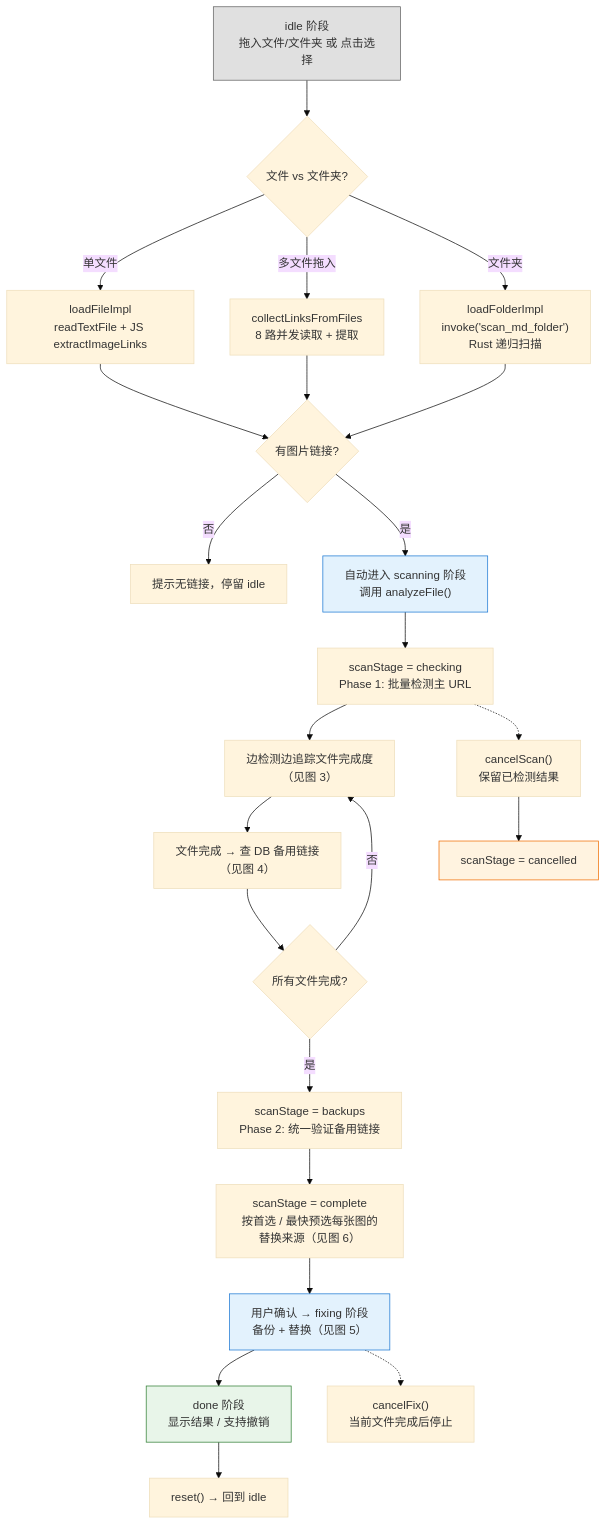
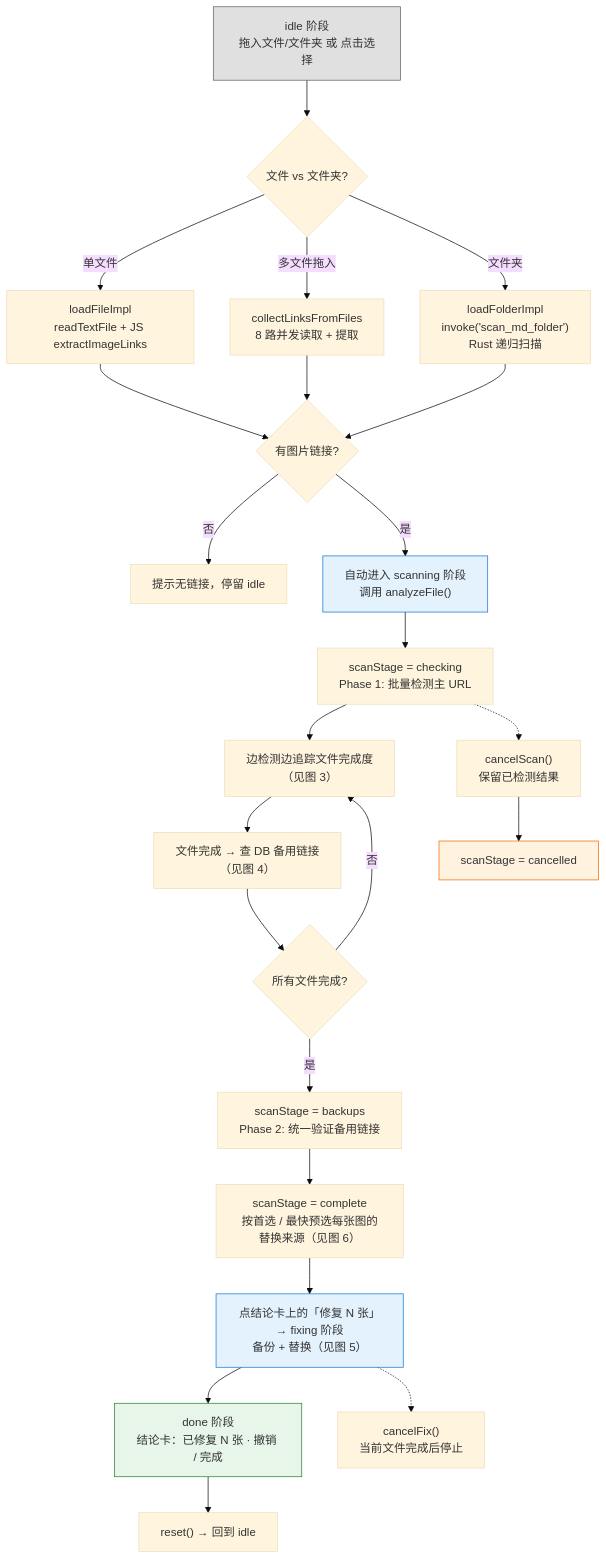
One commit to joeyliu6/PicNexus changed the first of 6 diagrams in docs/flows/md-rescue-flow.md. Above: the diagram before and after it, drawn with Mermaid (base theme). The commit also changed other lines of this file, not shown here.

````diff
--- a/docs/flows/md-rescue-flow.md
+++ b/docs/flows/md-rescue-flow.md
@@ -14,36 +14,36 @@
 ```mermaid
 flowchart TD
     A["idle 阶段<br/>拖入文件/文件夹 或 点击选择"] --> B{文件 vs 文件夹?}
     B -- 单文件 --> C["loadFileImpl<br/>readTextFile + JS extractImageLinks"]
     B -- 多文件拖入 --> D["collectLinksFromFiles<br/>8 路并发读取 + 提取"]
     B -- 文件夹 --> E["loadFolderImpl<br/>invoke('scan_md_folder')<br/>Rust 递归扫描"]
 
     C --> F{有图片链接?}
     D --> F
     E --> F
     F -- 否 --> F1["提示无链接，停留 idle"]
     F -- 是 --> G["自动进入 scanning 阶段<br/>调用 analyzeFile()"]
 
     G --> H["scanStage = checking<br/>Phase 1: 批量检测主 URL"]
     H --> I["边检测边追踪文件完成度<br/>（见图 3）"]
     I --> J["文件完成 → 查 DB 备用链接<br/>（见图 4）"]
     J --> K{所有文件完成?}
     K -- 否 --> I
     K -- 是 --> L["scanStage = backups<br/>Phase 2: 统一验证备用链接"]
     L --> M["scanStage = complete<br/>按首选 / 最快预选每张图的替换来源（见图 6）"]
 
-    M --> N["用户确认 → fixing 阶段<br/>备份 + 替换（见图 5）"]
-    N --> O["done 阶段<br/>显示结果 / 支持撤销"]
+    M --> N["点结论卡上的「修复 N 张」→ fixing 阶段<br/>备份 + 替换（见图 5）"]
+    N --> O["done 阶段<br/>结论卡：已修复 N 张 · 撤销 / 完成"]
     O --> P["reset() → 回到 idle"]
 
     %% 取消分支
     H -.-> Q["cancelScan()<br/>保留已检测结果"]
     Q --> Q1["scanStage = cancelled"]
     N -.-> R["cancelFix()<br/>当前文件完成后停止"]
 
     style A fill:#e0e0e0,stroke:#616161
     style G fill:#e3f2fd,stroke:#1976d2
     style N fill:#e3f2fd,stroke:#1976d2
     style O fill:#e8f5e9,stroke:#2e7d32
     style Q1 fill:#fff3e0,stroke:#ef6c00
 ```
````
